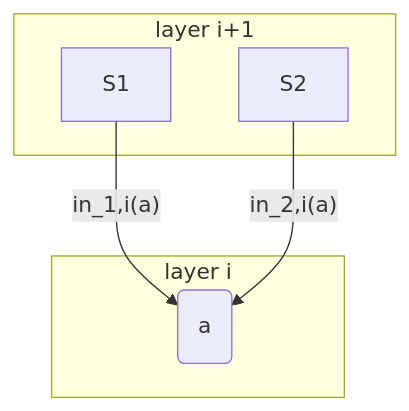
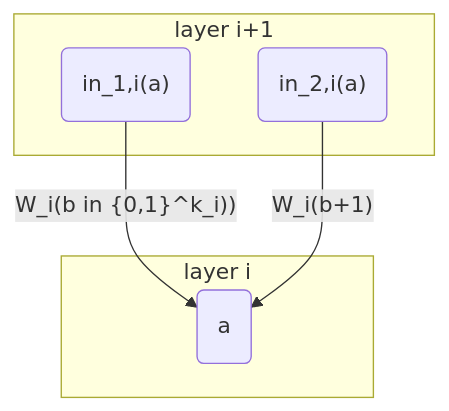
One commit to thor314/pazk changed the second of 3 diagrams in n-pazk-ch4.md. Above: the diagram before and after it, drawn with Mermaid. The commit also changed other lines of this file, not shown here.

````diff
--- a/n-pazk-ch4.md
+++ b/n-pazk-ch4.md
@@ -168,11 +168,11 @@
 ```mermaid
 flowchart  TB
 subgraph layer i
 S0("a");
 end
 subgraph layer i+1
-S1; S2
+S1("in_1,i(a)"); S2("in_2,i(a)")
 end
-S1 -->|"in_1,i(a)"|S0
-S2 -->|"in_2,i(a)"|S0
+S1 -->|"W_i(b in {0,1}^k_i))"|S0
+S2 -->|"W_i(b+1)"|S0
 ```
````
